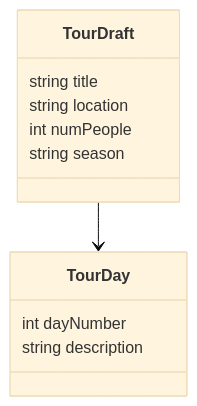
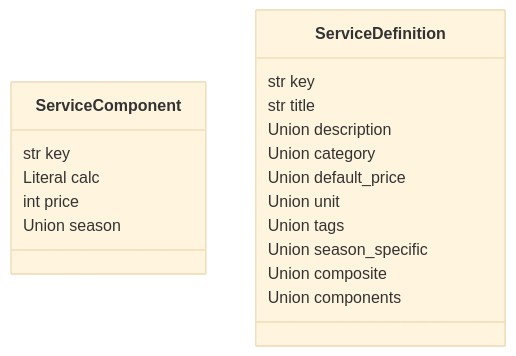
The diagram in docs/_autogen.md (PolyaYaskina/tourCalculator), drawn with Mermaid (base theme) before and after one commit.

````diff
--- a/docs/_autogen.md
+++ b/docs/_autogen.md
@@ -1,16 +1,21 @@
 ```mermaid
 classDiagram
-  class TourDraft {
-    string title
-    string location
-    int numPeople
-    string season
-  }
-
-  class TourDay {
-    int dayNumber
-    string description
-  }
-
-  TourDraft --> TourDay
+class ServiceComponent {
+  str key
+  Literal calc
+  int price
+  Union season
+}
+class ServiceDefinition {
+  str key
+  str title
+  Union description
+  Union category
+  Union default_price
+  Union unit
+  Union tags
+  Union season_specific
+  Union composite
+  Union components
+}
 ```
````
